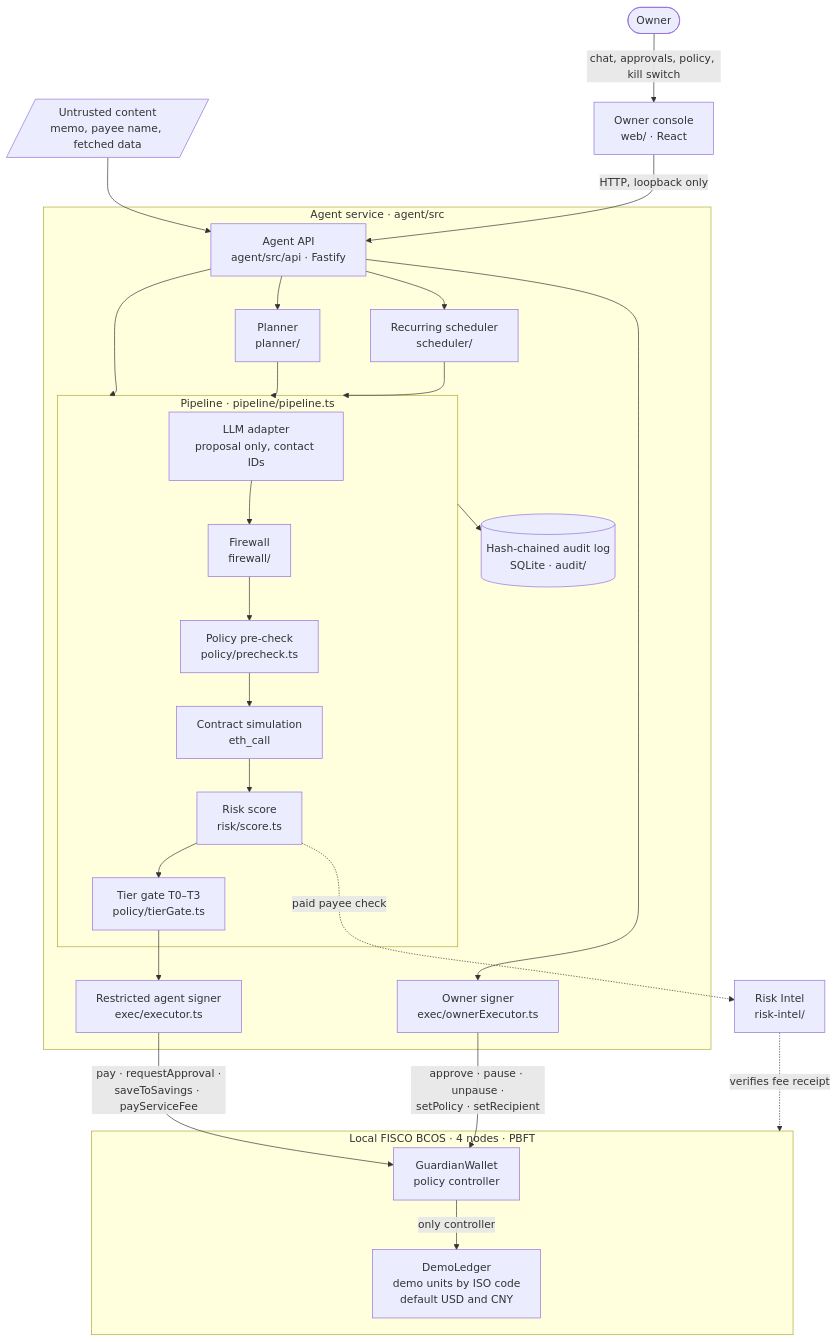
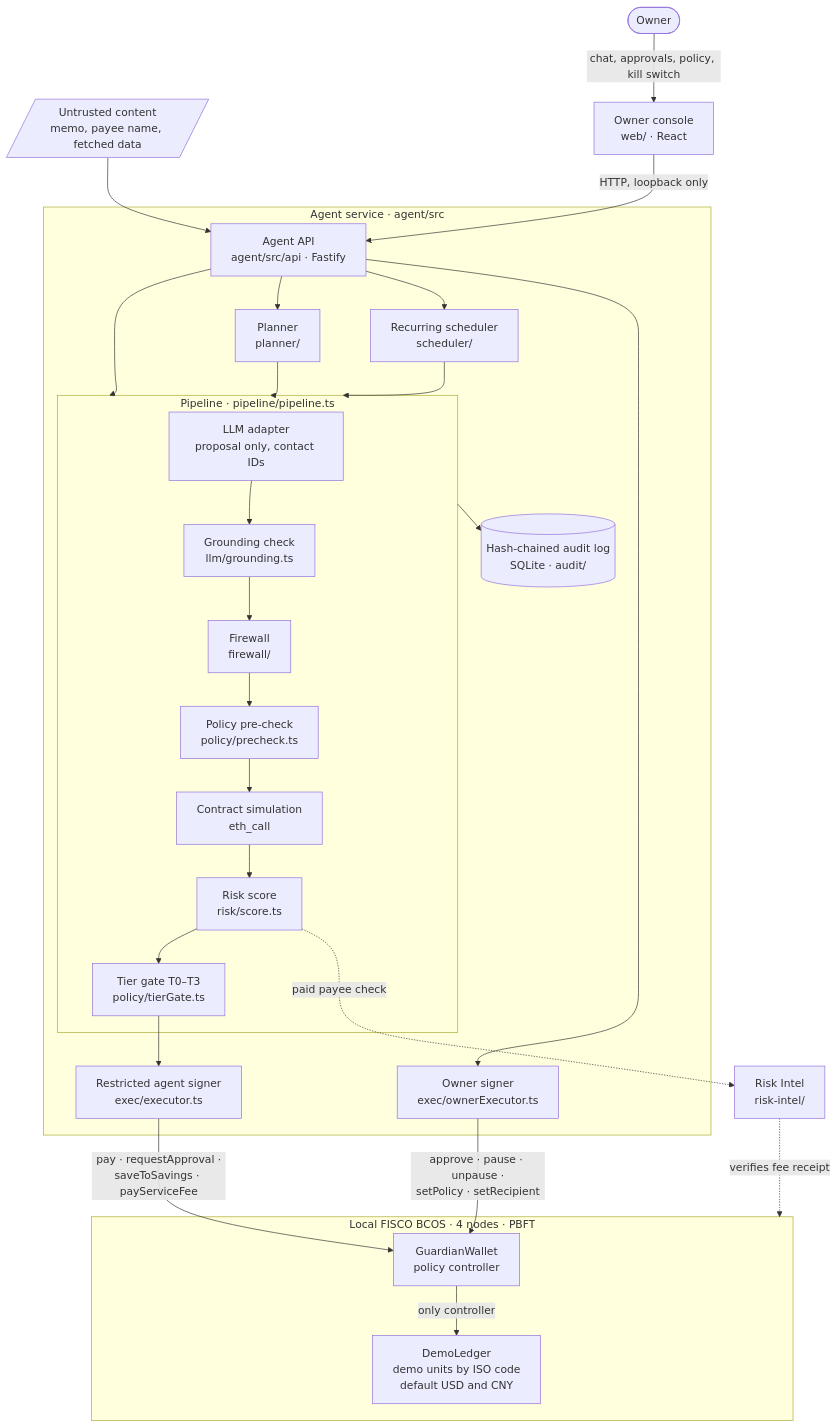
Before and after one commit to kmsajid044-ship-it/guardian-wallet: the diagram in docs/TECHNICAL.md, drawn with Mermaid. The commit also changed other lines of this file and 6 other files, not shown here.

````diff
--- a/docs/TECHNICAL.md
+++ b/docs/TECHNICAL.md
@@ -11,33 +11,34 @@
 ```mermaid
 flowchart TB
   owner([Owner]) -->|chat, approvals, policy, kill switch| web[Owner console<br/>web/ · React]
   untrusted[/Untrusted content<br/>memo, payee name, fetched data/] --> api
   web -->|HTTP, loopback only| api[Agent API<br/>agent/src/api · Fastify]
 
   subgraph agent[Agent service · agent/src]
     api --> planner[Planner<br/>planner/]
     api --> scheduler[Recurring scheduler<br/>scheduler/]
     api --> pipe
     planner --> pipe
     scheduler --> pipe
     subgraph pipe[Pipeline · pipeline/pipeline.ts]
-      llm[LLM adapter<br/>proposal only, contact IDs] --> fw[Firewall<br/>firewall/]
+      llm[LLM adapter<br/>proposal only, contact IDs] --> grd[Grounding check<br/>llm/grounding.ts]
+      grd --> fw[Firewall<br/>firewall/]
       fw --> pre[Policy pre-check<br/>policy/precheck.ts]
       pre --> sim[Contract simulation<br/>eth_call]
       sim --> risk[Risk score<br/>risk/score.ts]
       risk --> tier[Tier gate T0–T3<br/>policy/tierGate.ts]
     end
     tier --> signer[Restricted agent signer<br/>exec/executor.ts]
     api --> ownerExec[Owner signer<br/>exec/ownerExecutor.ts]
     pipe --> audit[(Hash-chained audit log<br/>SQLite · audit/)]
   end
 
   risk -. paid payee check .-> intel[Risk Intel<br/>risk-intel/]
   signer -->|pay · requestApproval ·<br/>saveToSavings · payServiceFee| gw
   ownerExec -->|approve · pause · unpause ·<br/>setPolicy · setRecipient| gw
   intel -. verifies fee receipt .-> chain
 
   subgraph chain[Local FISCO BCOS · 4 nodes · PBFT]
     gw[GuardianWallet<br/>policy controller] -->|only controller| ledger[DemoLedger<br/>demo units by ISO code<br/>default USD and CNY]
   end
 ```
````
